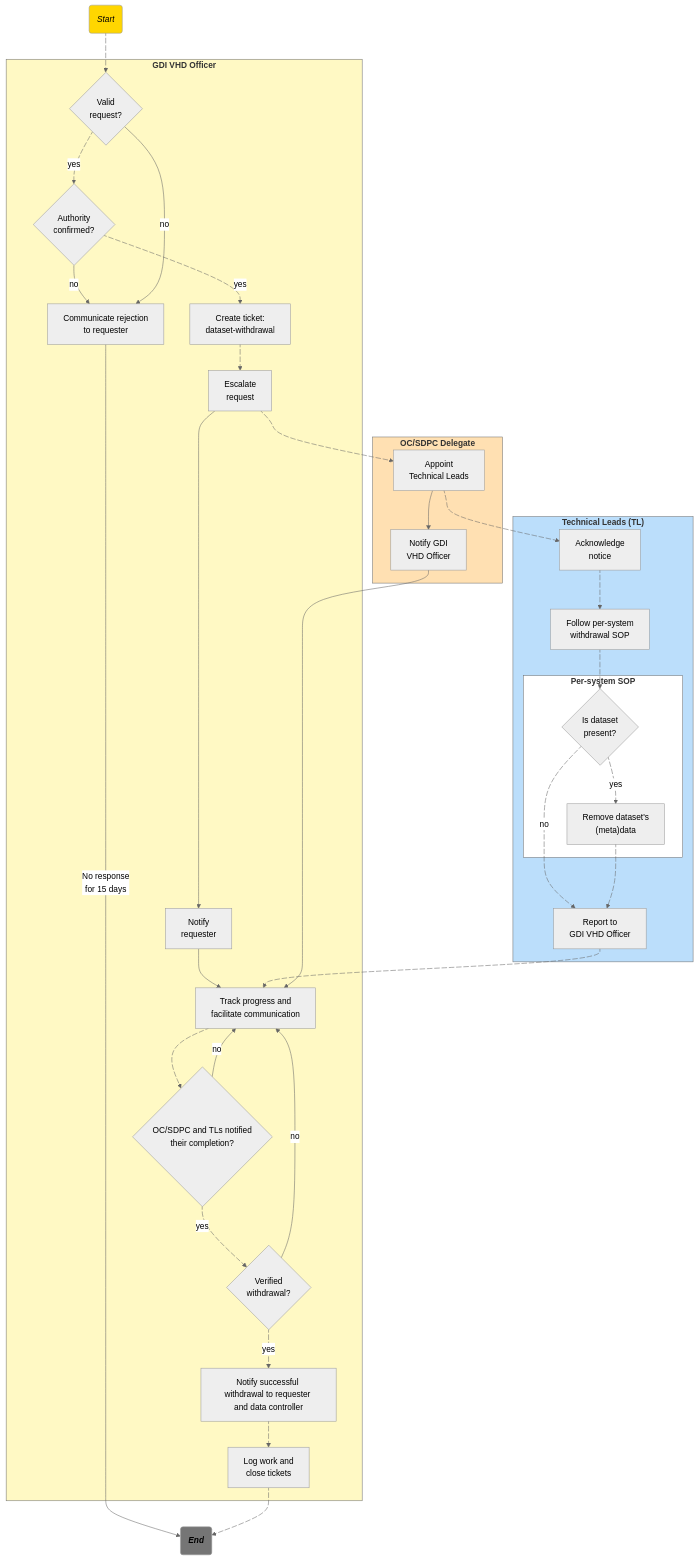
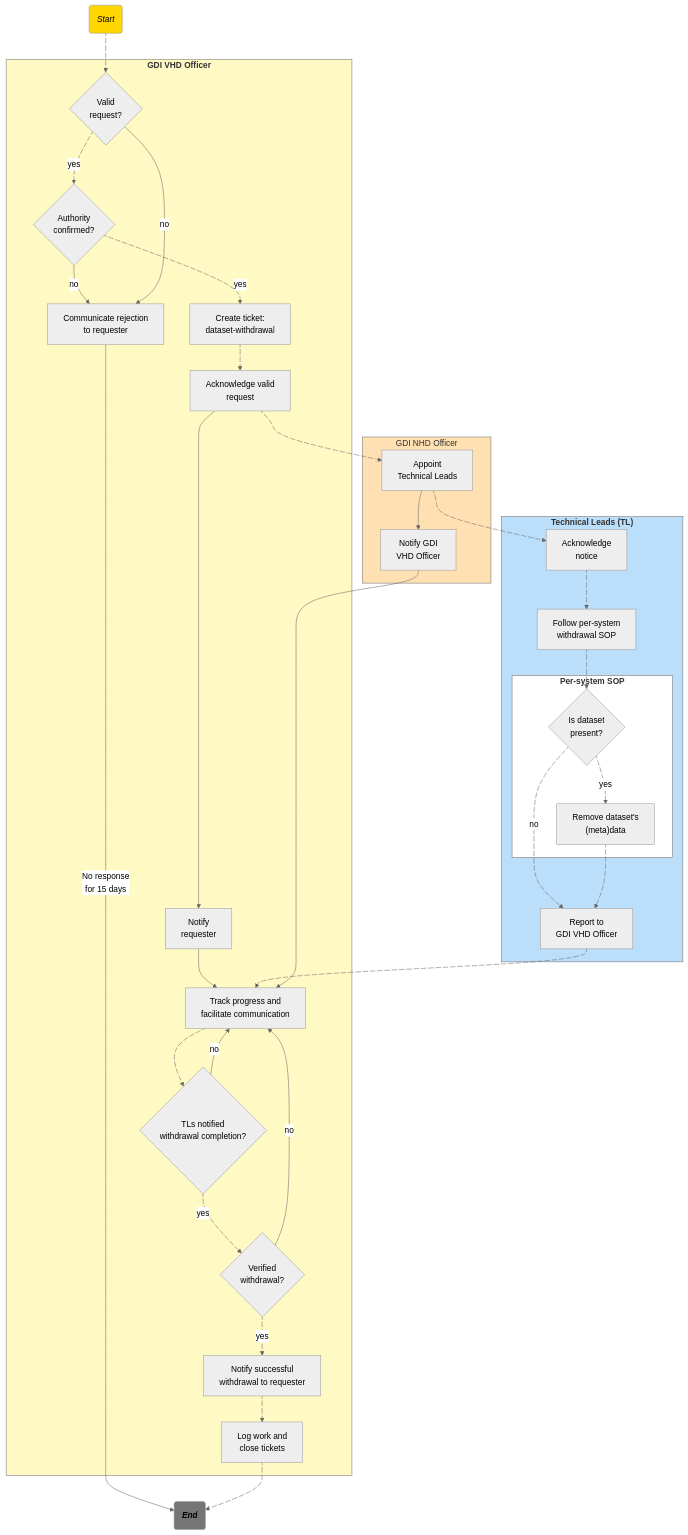
One commit to M-casado/standard-operating-procedures changed the diagram in sops/european-level/GDI-SOP0009_dataset-withdrawal.md. Above: the diagram before and after it, drawn with Mermaid (neutral theme). The commit also changed other lines of this file and 1 other file, not shown here.

````diff
--- a/sops/european-level/GDI-SOP0009_dataset-withdrawal.md
+++ b/sops/european-level/GDI-SOP0009_dataset-withdrawal.md
@@ -116,15 +116,15 @@
         n3["Communicate rejection <br>to requester"]
         n2["Authority<br>confirmed?"]
         n6["Create ticket:<br>dataset-withdrawal"]
-        n8["Escalate<br>request"]
+        n8["Acknowledge valid<br>request"]
         n9["Notify<br>requester"]
         n10["Track progress and<br>facilitate communication"]
-        n18["Notify successful <br>withdrawal to requester and data controller"]
+        n18["Notify successful <br>withdrawal to requester"]
         n19["Log work and <br>close tickets"]
         n21["Verified<br>withdrawal?"]
-        n23["OC/SDPC and TLs notified<br>their completion?"]
+        n23["TLs notified<br>withdrawal completion?"]
   end
- subgraph s2["<b>OC/SDPC Delegate</b>"]
+ subgraph s2["GDI NHD Officer"]
         n7["Appoint<br>Technical Leads"]
         n11["Notify GDI<br>VHD Officer"]
   end
@@ -206,5 +206,5 @@
     L_n15_n10_0@{ animation: slow } 
     L_start_n1_0@{ animation: slow } 
     L_n10_n23_0@{ animation: slow } 
-    L_n23_n21_0@{ animation: slow } 
+    L_n23_n21_0@{ animation: slow }
 ```
````
